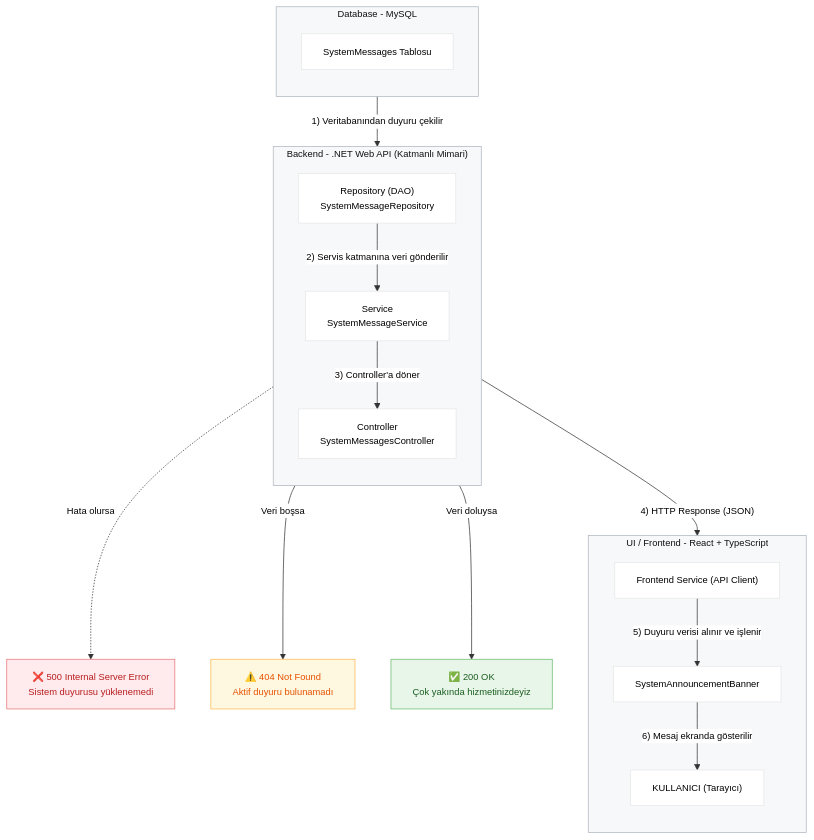
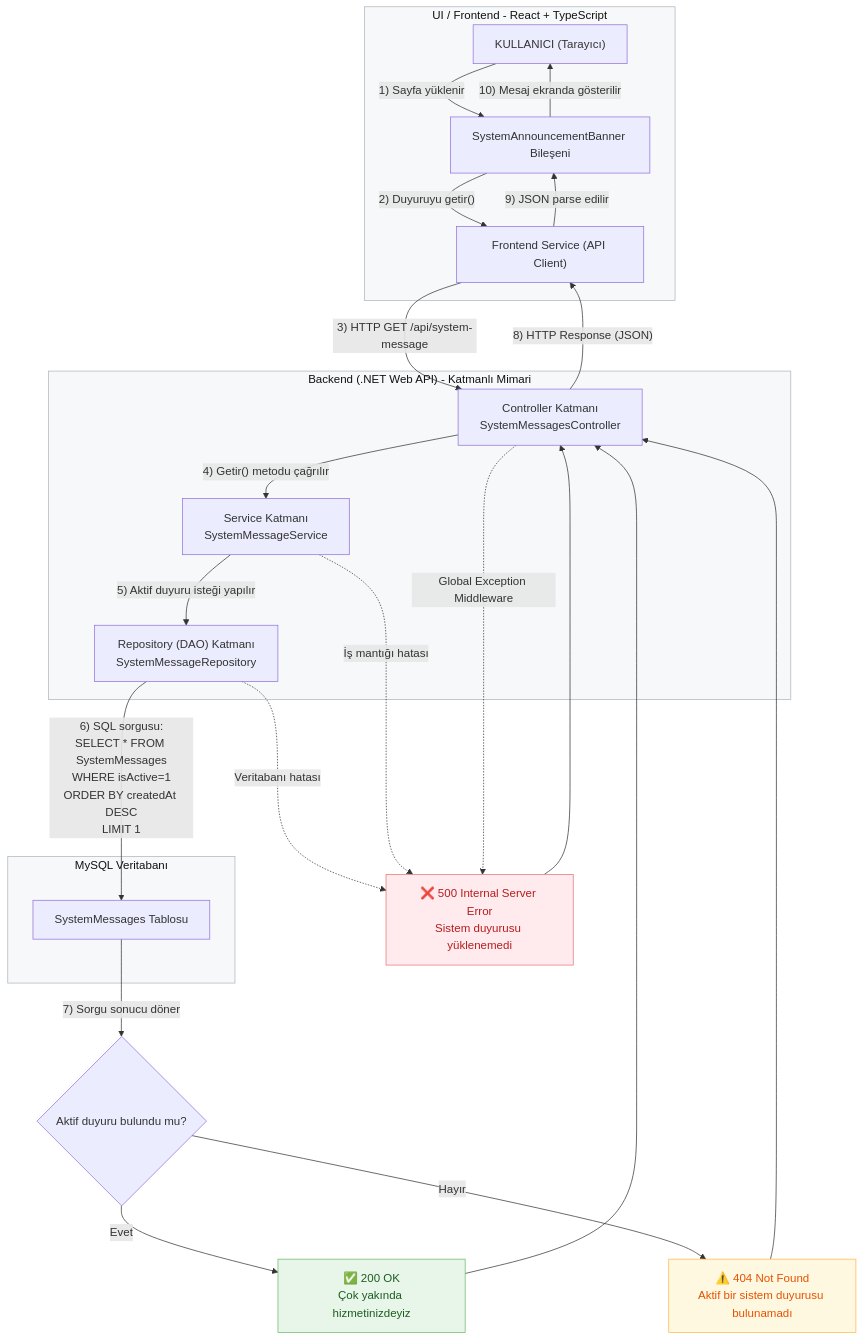
The diagram in docs/mimari_ozet.md (bugbusterssquad/bugbusters-squad-project), drawn with Mermaid before and after one commit.

````diff
--- a/docs/mimari_ozet.md
+++ b/docs/mimari_ozet.md
@@ -32,42 +32,62 @@
 ```mermaid
-%%{init: {"theme": "base", "themeVariables": { "background": "white", "primaryColor": "#ffffff", "edgeLabelBackground": "#ffffff", "tertiaryColor": "#ffffff", "fontSize": "13px", "lineColor": "#333333", "primaryTextColor": "#000000"}}}%%
-flowchart TB
-  subgraph DB["Database - MySQL"]
-    direction TB
+flowchart TD
+  %% === YTÜ Sprint 0 - Minimal Akış (DB → API → UI) ===
+
+  %% === UI Katmanı ===
+  subgraph UI["UI / Frontend - React + TypeScript"]
+    U["KULLANICI (Tarayıcı)"]
+    BNR["SystemAnnouncementBanner Bileşeni"]
+    FSVC["Frontend Service (API Client)"]
+  end
+
+  %% === Backend Katmanı ===
+  subgraph BE["Backend (.NET Web API) - Katmanlı Mimari"]
+    CTRL["Controller Katmanı<br/>SystemMessagesController"]
+    SRV["Service Katmanı<br/>SystemMessageService"]
+    REPO["Repository (DAO) Katmanı<br/>SystemMessageRepository"]
+  end
+
+  %% === Veritabanı Katmanı ===
+  subgraph DB["MySQL Veritabanı"]
     TBL["SystemMessages Tablosu"]
   end
 
-  subgraph BE["Backend - .NET Web API (Katmanlı Mimari)"]
-    direction TB
-    REPO["Repository (DAO)<br/>SystemMessageRepository"]
-    SRV["Service<br/>SystemMessageService"]
-    CTRL["Controller<br/>SystemMessagesController"]
-  end
+  %% === Ana Akış ===
+  U -->|"1) Sayfa yüklenir"| BNR
+  BNR -->|"2) Duyuruyu getir()"| FSVC
+  FSVC -->|"3) HTTP GET /api/system-message"| CTRL
+  CTRL -->|"4) Getir() metodu çağrılır"| SRV
+  SRV -->|"5) Aktif duyuru isteği yapılır"| REPO
+  REPO -->|"6) SQL sorgusu:<br/>SELECT * FROM SystemMessages<br/>WHERE isActive=1<br/>ORDER BY createdAt DESC<br/>LIMIT 1"| TBL
 
-  subgraph UI["UI / Frontend - React + TypeScript"]
-    direction TB
-    FSVC["Frontend Service (API Client)"]
-    BNR["SystemAnnouncementBanner"]
-    U["KULLANICI (Tarayıcı)"]
-  end
+  %% === Karar Noktası ===
+  TBL -->|"7) Sorgu sonucu döner"| HAS{"Aktif duyuru bulundu mu?"}
 
-  TBL -->|"1) Veritabanından duyuru çekilir"| REPO
-  REPO -->|"2) Servis katmanına veri gönderilir"| SRV
-  SRV -->|"3) Controller'a döner"| CTRL
-  CTRL -->|"4) HTTP Response (JSON)"| FSVC
-  FSVC -->|"5) Duyuru verisi alınır ve işlenir"| BNR
-  BNR -->|"6) Mesaj ekranda gösterilir"| U
+  HAS -- "Evet" --> OK["✅ 200 OK<br/>Çok yakında hizmetinizdeyiz"]
+  HAS -- "Hayır" --> NF["⚠️ 404 Not Found<br/>Aktif bir sistem duyurusu bulunamadı"]
 
-  REPO -.->|Hata olursa| ERR["❌ 500 Internal Server Error<br/>Sistem duyurusu yüklenemedi"]
-  SRV -->|"Veri boşsa"| NF["⚠️ 404 Not Found<br/>Aktif duyuru bulunamadı"]
-  SRV -->|"Veri doluysa"| OK["✅ 200 OK<br/>Çok yakında hizmetinizdeyiz"]
+  %% === Hata Akışı ===
+  REPO -.->|Veritabanı hatası| ERR["❌ 500 Internal Server Error<br/>Sistem duyurusu yüklenemedi"]
+  SRV -.->|İş mantığı hatası| ERR
+  CTRL -.->|Global Exception Middleware| ERR
 
+  %% === Geri Dönüş Akışı ===
+  OK --> CTRL
+  NF --> CTRL
+  ERR --> CTRL
+  CTRL -->|"8) HTTP Response (JSON)"| FSVC
+  FSVC -->|"9) JSON parse edilir"| BNR
+  BNR -->|"10) Mesaj ekranda gösterilir"| U
+
+  %% === Stil Tanımları ===
   classDef layer fill:#f6f8fa,stroke:#adb5bd,stroke-width:1px,color:#111;
-  classDef ok fill:#e8f5e9,stroke:#66bb6a,color:#1b5e20;
-  classDef nf fill:#fff8e1,stroke:#ffb74d,color:#e65100;
-  classDef err fill:#ffebee,stroke:#e57373,color:#b71c1c;
+  classDef pos fill:#e8f5e9,stroke:#66bb6a,color:#1b5e20;
+  classDef neg fill:#ffebee,stroke:#e57373,color:#b71c1c;
+  classDef warn fill:#fff8e1,stroke:#ffb74d,color:#e65100;
+
   class UI,BE,DB layer;
-  class OK ok;
-  class NF nf;
-  class ERR err;
+  class OK pos;
+  class NF warn;
+  class ERR neg;
+
 ```
````
